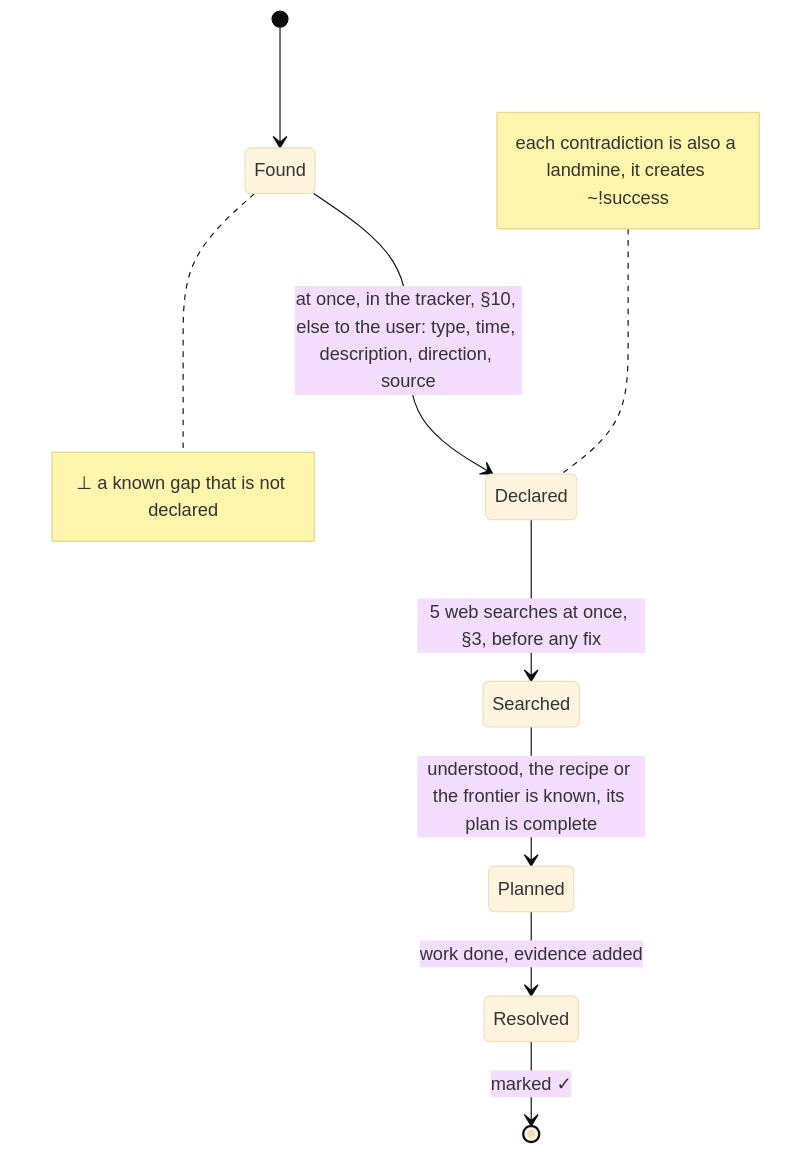
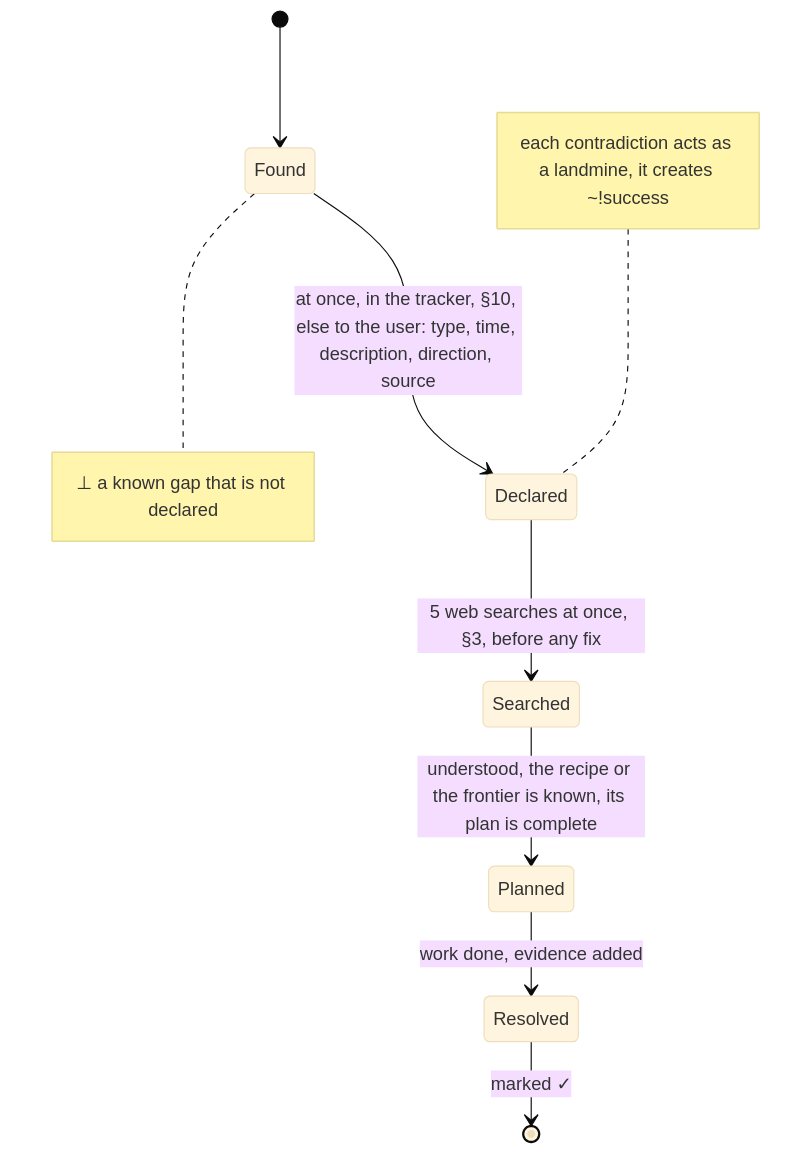
One commit to SolenixAI/arbiter changed diagram 13 of 14 in AGENTS.md. Above: the diagram before and after it, drawn with Mermaid (base theme). The commit also changed other lines of this file, not shown here.

First line of the commit message:
fix(agents): a contradiction acts as a landmine without being counted twice

````diff
--- a/AGENTS.md
+++ b/AGENTS.md
@@ -633,11 +633,11 @@
 ```mermaid
 stateDiagram-v2
   [*] --> Found
   Found --> Declared: at once, in the tracker, §10, else to the user: type, time, description, direction, source
   Declared --> Searched: 5 web searches at once, §3, before any fix
   Searched --> Planned: understood, the recipe or the frontier is known, its plan is complete
   Planned --> Resolved: work done, evidence added
   Resolved --> [*]: marked ✓
   note right of Found : ⊥ a known gap that is not declared
-  note left of Declared : each contradiction is also a landmine, it creates ~!success
+  note left of Declared : each contradiction acts as a landmine, it creates ~!success
 ```
````
